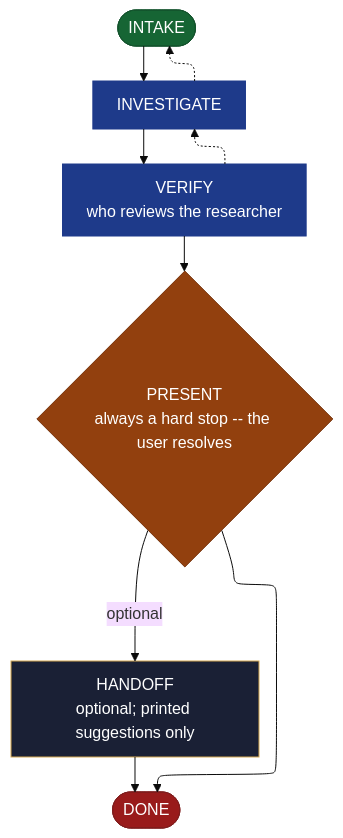
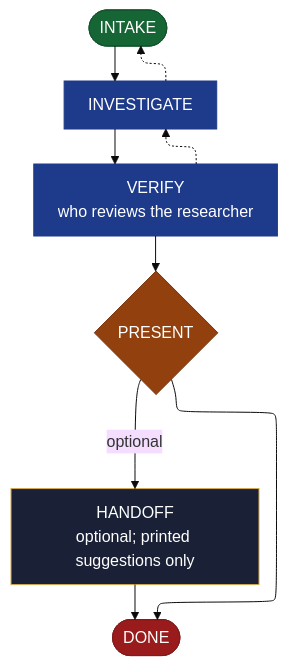
The diagram in site/src/content/docs/skills/aid-research.md (AndreVianna/aid-methodology), drawn with Mermaid (base theme) before and after one commit. The commit also changed 11 other files, not shown here.

````diff
--- a/site/src/content/docs/skills/aid-research.md
+++ b/site/src/content/docs/skills/aid-research.md
@@ -20,44 +20,44 @@
 ```mermaid
 ---
 config:
   layout: elk
   flowchart:
     nodeSpacing: 55
     rankSpacing: 65
     padding: 12
     useMaxWidth: true
 ---
 flowchart TB
   classDef aidNode color:#fff
   classDef aidEntry fill:#166534,stroke:#14532d,color:#fff
   classDef aidExit fill:#991b1b,stroke:#7f1d1d,color:#fff
   classDef aidDecision fill:#92400e,stroke:#78350f,color:#fff
   classDef aidLoopBack fill:#1e3a8a,stroke:#1e3a8a,color:#fff
   classDef aidStep fill:#1a2035,stroke:#d4a853,color:#f1f5f9
   n1(["INTAKE"])
   n2["INVESTIGATE"]
   n3["VERIFY<br/>who reviews the researcher"]
-  n4{"PRESENT<br/>always a hard stop -- the user resolves"}
+  n4{"PRESENT"}
   n5["HANDOFF<br/>optional; printed suggestions only"]
   n6(["DONE"])
   n1 --> n2
   n2 -.-> n1
   n2 --> n3
   n3 -.-> n2
   n3 --> n4
   n4 -->|"optional"| n5
   n4 --> n6
   n5 --> n6
   class n1 aidEntry
   class n2 aidLoopBack
   class n3 aidLoopBack
   class n4 aidDecision
   class n5 aidStep
   class n6 aidExit
   class n1 aidNode
   class n2 aidNode
   class n3 aidNode
   class n4 aidNode
   class n5 aidNode
   class n6 aidNode
 ```
````
